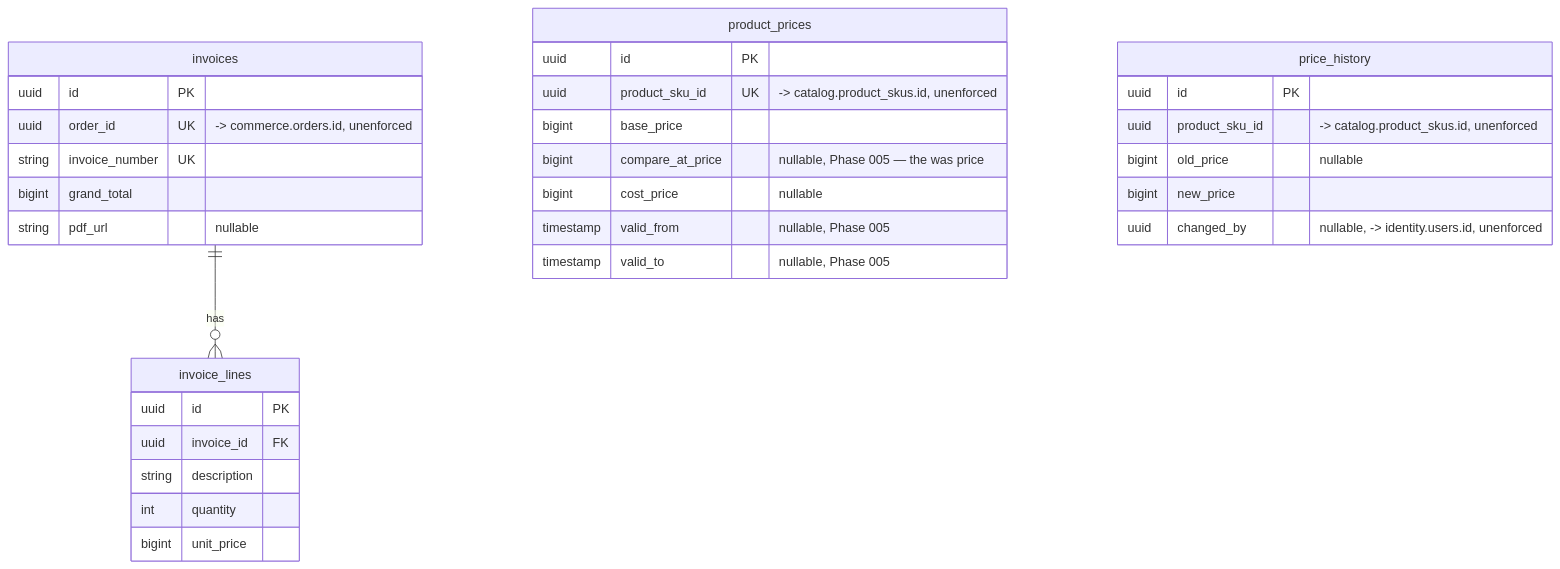
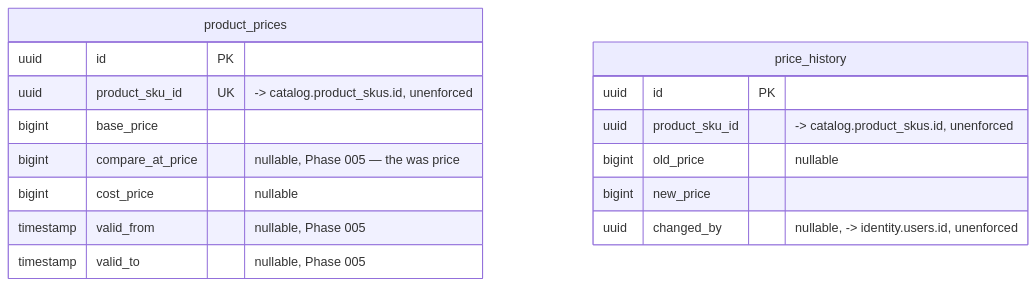
Before and after one commit to HuseinHbz/Didar: the ninth of 12 diagrams in docs/database/erd.md, drawn with Mermaid. The commit also changed other lines of this file and 12 other files, not shown here.

````diff
--- a/docs/database/erd.md
+++ b/docs/database/erd.md
@@ -694,35 +666,19 @@
 ```mermaid
 erDiagram
-    invoices ||--o{ invoice_lines : has
-
     product_prices {
         uuid id PK
         uuid product_sku_id UK "-> catalog.product_skus.id, unenforced"
         bigint base_price
         bigint compare_at_price "nullable, Phase 005 — the was price"
         bigint cost_price "nullable"
         timestamp valid_from "nullable, Phase 005"
         timestamp valid_to "nullable, Phase 005"
     }
     price_history {
         uuid id PK
         uuid product_sku_id "-> catalog.product_skus.id, unenforced"
         bigint old_price "nullable"
         bigint new_price
         uuid changed_by "nullable, -> identity.users.id, unenforced"
     }
-    invoices {
-        uuid id PK
-        uuid order_id UK "-> commerce.orders.id, unenforced"
-        string invoice_number UK
-        bigint grand_total
-        string pdf_url "nullable"
-    }
-    invoice_lines {
-        uuid id PK
-        uuid invoice_id FK
-        string description
-        int quantity
-        bigint unit_price
-    }
 ```
````
